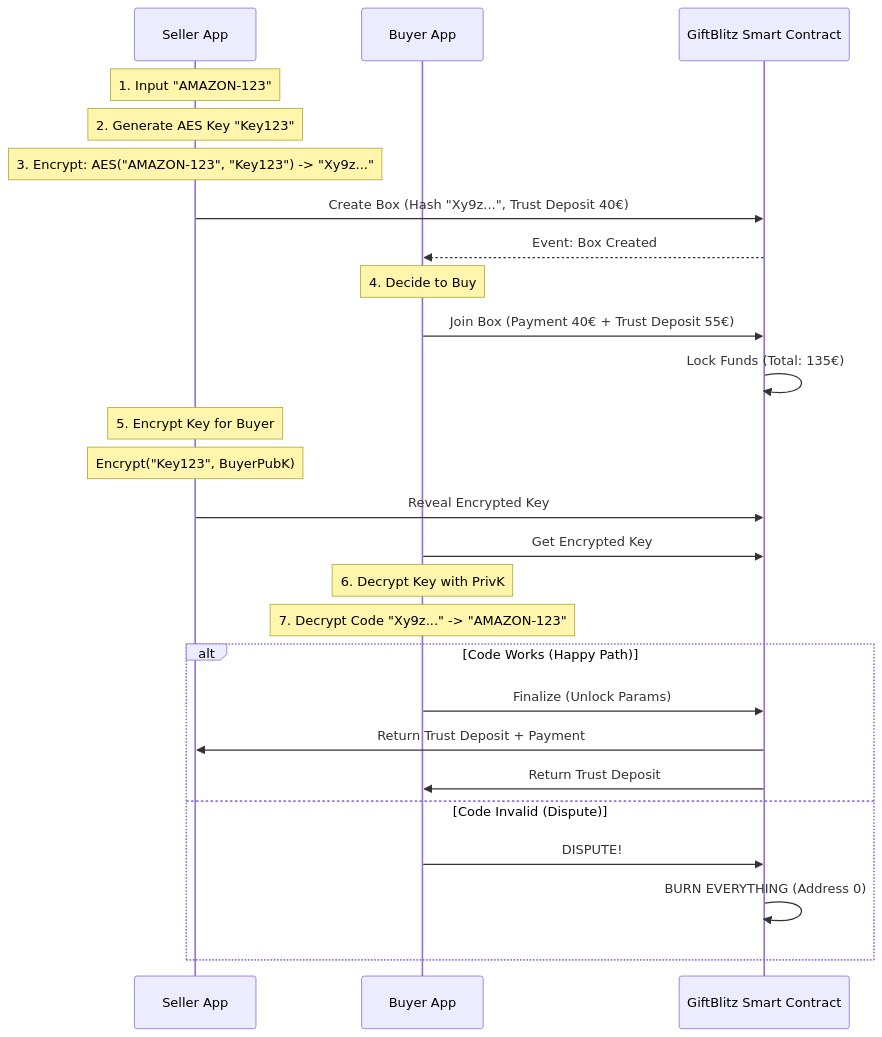
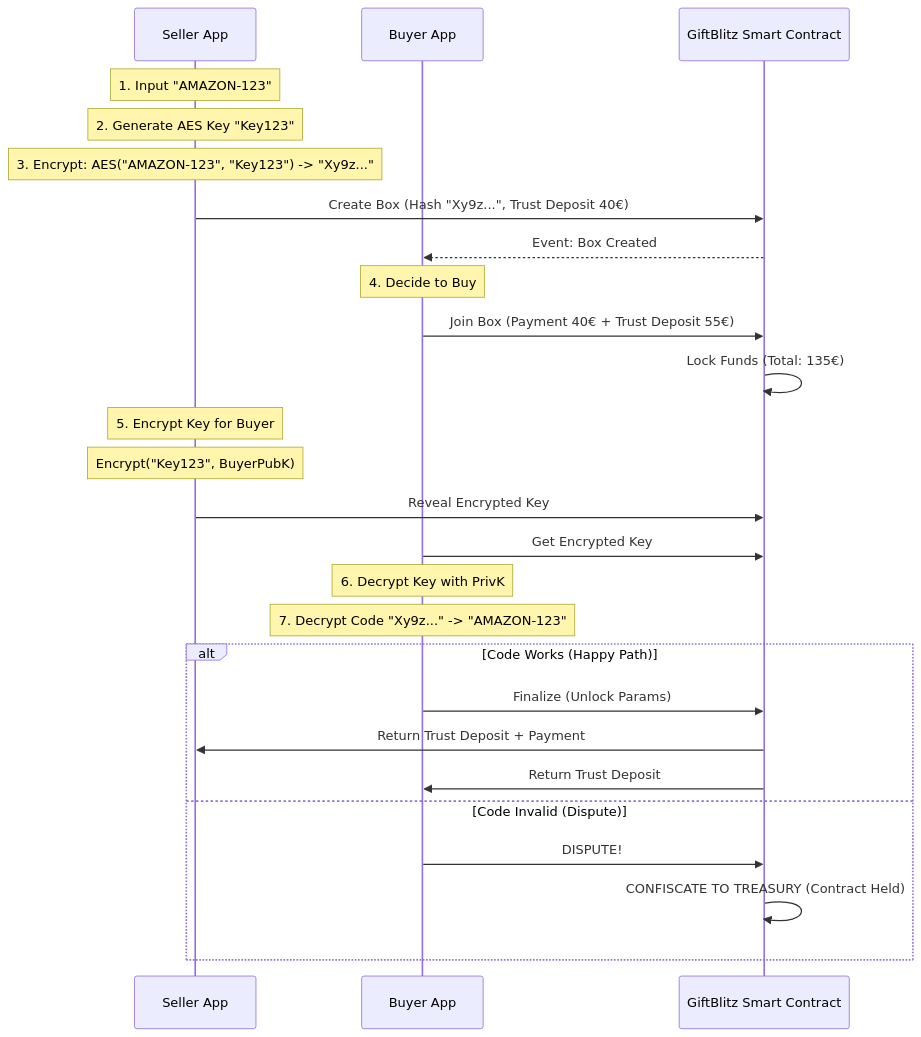
The second of 2 diagrams in Clod/2_SecretBox_WhitePaper.md (boobaGreen/GiftBlitzFull), drawn with Mermaid before and after one commit. The commit also changed other lines of this file and 13 other files, not shown here.

````diff
--- a/Clod/2_SecretBox_WhitePaper.md
+++ b/Clod/2_SecretBox_WhitePaper.md
@@ -52,34 +62,34 @@
 ```mermaid
 sequenceDiagram
     participant S as Seller App
     participant C as Buyer App
     participant SC as GiftBlitz Smart Contract
-    
+
     Note over S: 1. Input "AMAZON-123"
     Note over S: 2. Generate AES Key "Key123"
     Note over S: 3. Encrypt: AES("AMAZON-123", "Key123") -> "Xy9z..."
     S->>SC: Create Box (Hash "Xy9z...", Trust Deposit 40€)
     SC-->>C: Event: Box Created
-    
+
     Note over C: 4. Decide to Buy
     C->>SC: Join Box (Payment 40€ + Trust Deposit 55€)
-    
+
     SC->>SC: Lock Funds (Total: 135€)
-    
+
     Note over S: 5. Encrypt Key for Buyer
     Note over S: Encrypt("Key123", BuyerPubK)
     S->>SC: Reveal Encrypted Key
-    
+
     C->>SC: Get Encrypted Key
     Note over C: 6. Decrypt Key with PrivK
     Note over C: 7. Decrypt Code "Xy9z..." -> "AMAZON-123"
-    
+
     alt Code Works (Happy Path)
         C->>SC: Finalize (Unlock Params)
         SC->>S: Return Trust Deposit + Payment
         SC->>C: Return Trust Deposit
     else Code Invalid (Dispute)
         C->>SC: DISPUTE!
-        SC->>SC: BURN EVERYTHING (Address 0)
+        SC->>SC: CONFISCATE TO TREASURY (Contract Held)
     end
 ```
````
